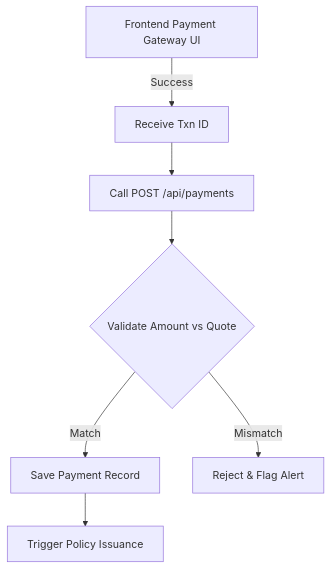
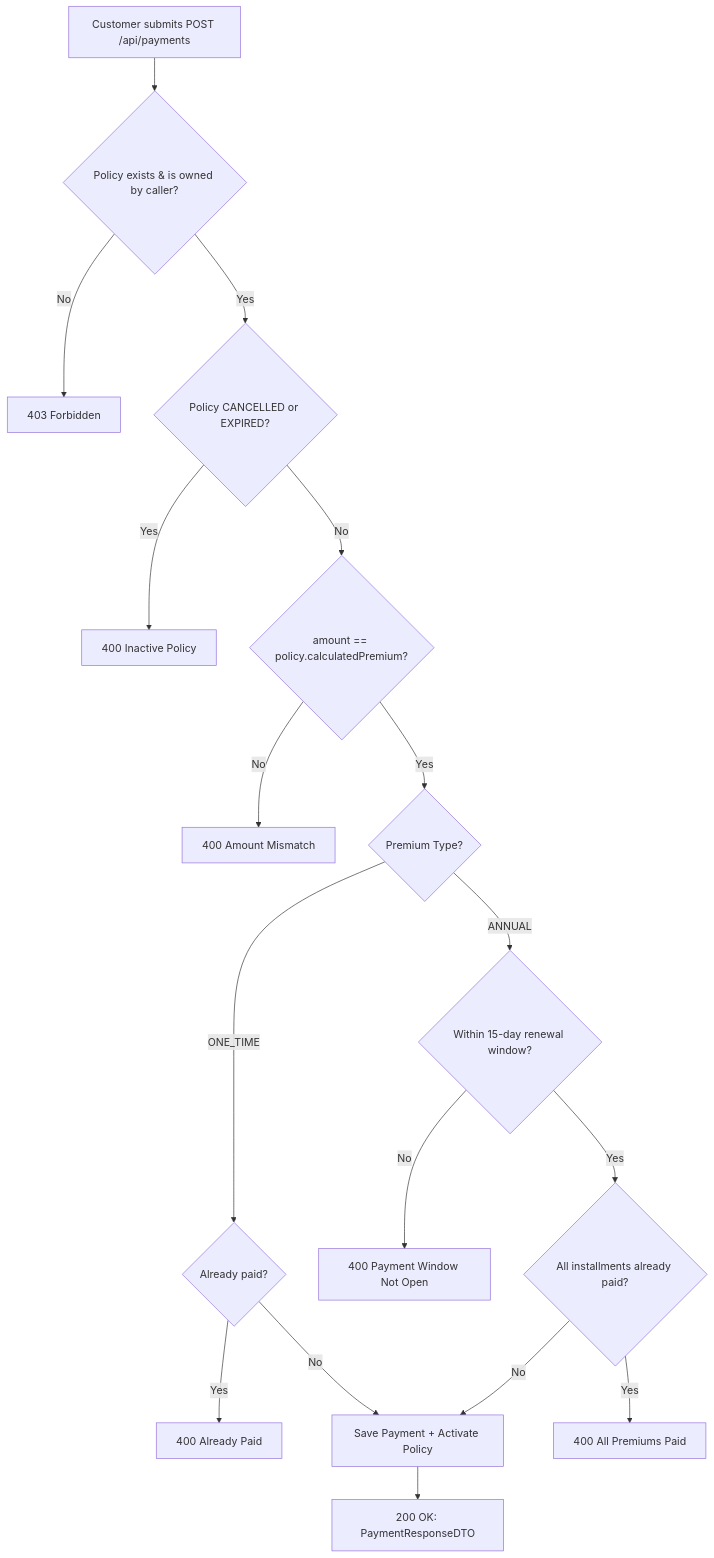
One commit to Gurry-12/insurance-policy-claim-capstone-project changed the diagram in docs/03_API/Payment_API.md. Above: the diagram before and after it, drawn with Mermaid. The commit also changed other lines of this file and 112 other files, not shown here.

Commit message:
docs: complete enterprise documentation audit, diagrams, ELK & Redis cards, and 1/3 balanced viva guide

````diff
--- a/docs/03_API/Payment_API.md
+++ b/docs/03_API/Payment_API.md
@@ -25,9 +24,19 @@
 ```mermaid
 flowchart TD
-    A[Frontend Payment Gateway UI] -->|Success| B[Receive Txn ID]
-    B --> C[Call POST /api/payments]
-    C --> D{Validate Amount vs Quote}
-    D -- Match --> E[Save Payment Record]
-    E --> F[Trigger Policy Issuance]
-    D -- Mismatch --> G[Reject & Flag Alert]
+    A[Customer submits POST /api/payments] --> B{Policy exists & is owned by caller?}
+    B -- No --> C[403 Forbidden]
+    B -- Yes --> D{Policy CANCELLED or EXPIRED?}
+    D -- Yes --> E[400 Inactive Policy]
+    D -- No --> F{amount == policy.calculatedPremium?}
+    F -- No --> G[400 Amount Mismatch]
+    F -- Yes --> H{Premium Type?}
+    H -- ONE_TIME --> I{Already paid?}
+    I -- Yes --> J[400 Already Paid]
+    I -- No --> K[Save Payment + Activate Policy]
+    H -- ANNUAL --> L{Within 15-day renewal window?}
+    L -- No --> M[400 Payment Window Not Open]
+    L -- Yes --> N{All installments already paid?}
+    N -- Yes --> O[400 All Premiums Paid]
+    N -- No --> K
+    K --> P[200 OK: PaymentResponseDTO]
 ```
````
